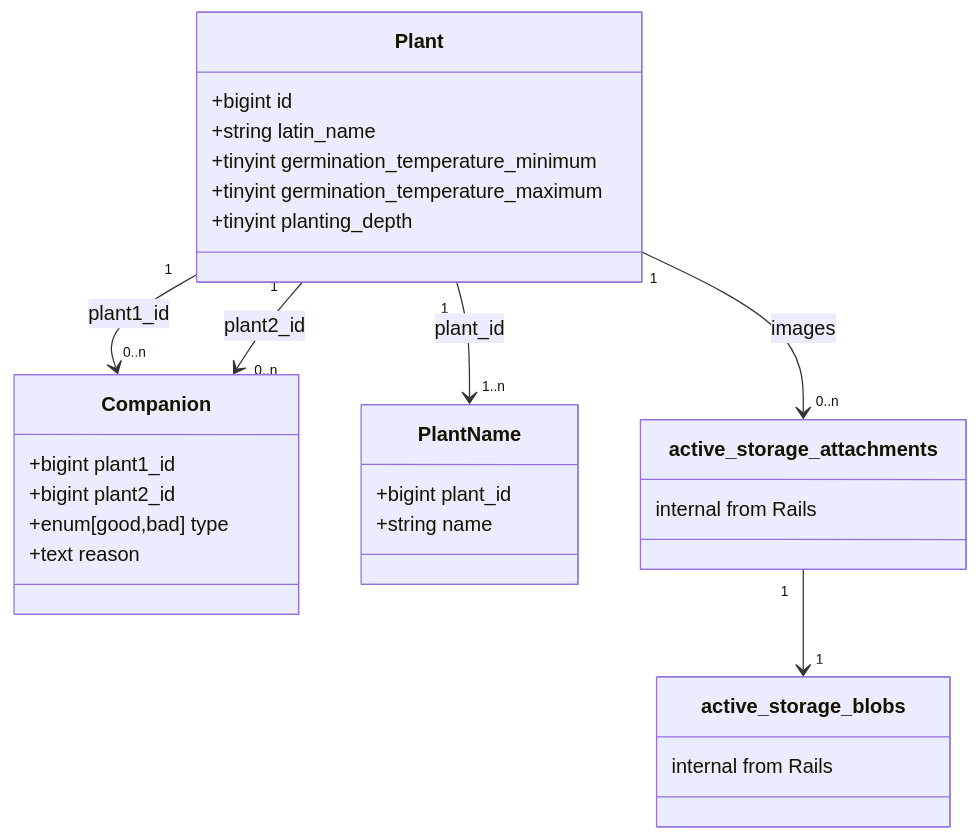
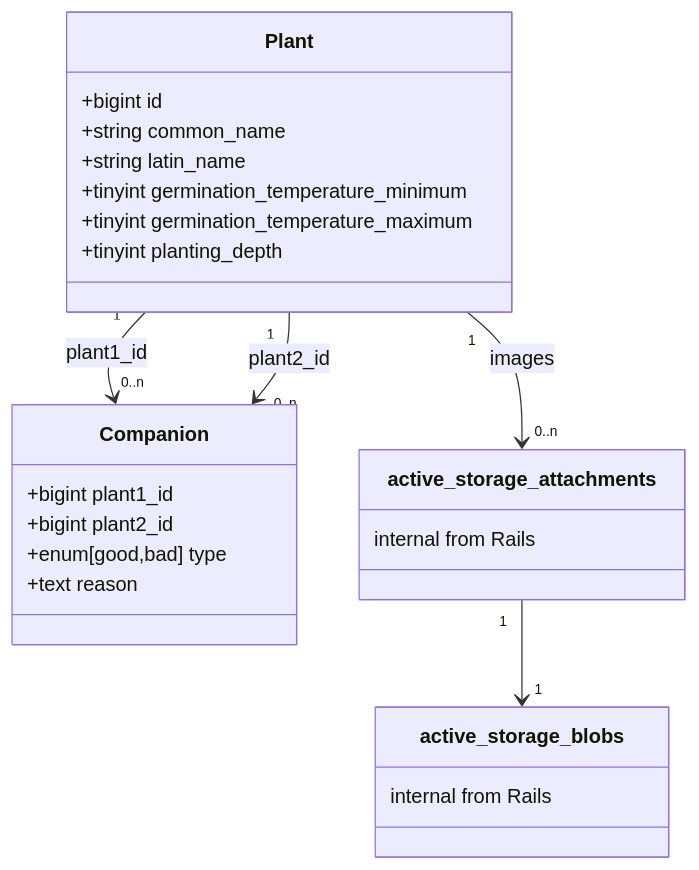
The diagram in README.md (dmarcoux/garden), drawn with Mermaid before and after one commit.

Commit message:
Only have a single common name for a plant

````diff
--- a/README.md
+++ b/README.md
@@ -30,36 +30,31 @@
 ```mermaid
   classDiagram
   Plant "1" --> "0..n" Companion: plant1_id
   Plant "1" --> "0..n" Companion: plant2_id
-  Plant "1" --> "1..n" PlantName: plant_id
   Plant "1" --> "0..n" active_storage_attachments: images
   active_storage_attachments "1" --> "1" active_storage_blobs
 
   class Plant {
     +bigint id
+    +string common_name
     +string latin_name
     +tinyint germination_temperature_minimum
     +tinyint germination_temperature_maximum
     +tinyint planting_depth
   }
 
   class Companion {
     +bigint plant1_id
     +bigint plant2_id
     +enum[good,bad] type
     +text reason
   }
 
-  class PlantName {
-    +bigint plant_id
-    +string name
-  }
-
   class active_storage_attachments {
     internal from Rails
   }
 
   class active_storage_blobs {
     internal from Rails
   }
 ```
````
